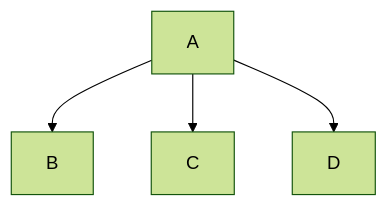
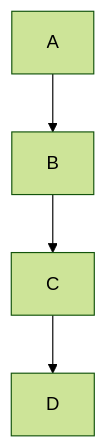
The diagram in test1.md (chanduujjina/JSE_Practice_2025_B1), drawn with Mermaid (forest theme) before and after one commit.

````diff
--- a/test1.md
+++ b/test1.md
@@ -1,6 +1,6 @@
 ```mermaid
 graph TD;
     A-->B;
-    A-->C;
-    A-->D
+    B-->C;
+    C-->D
 ```
````
